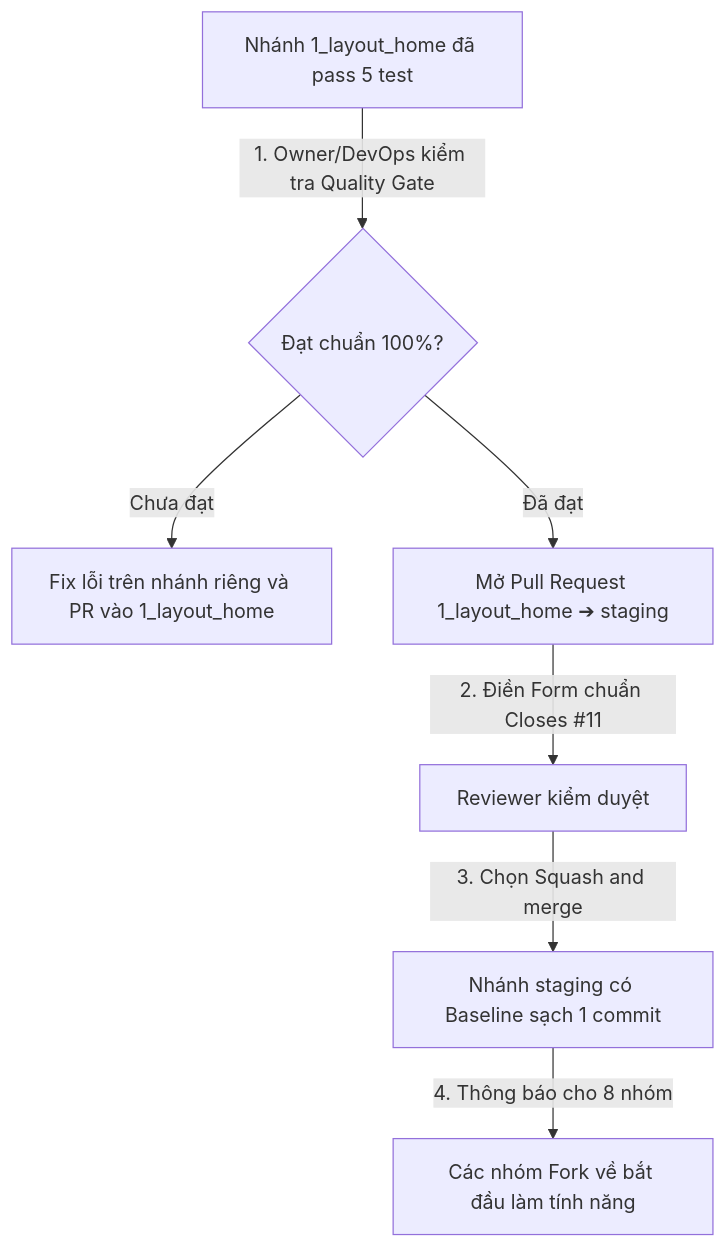
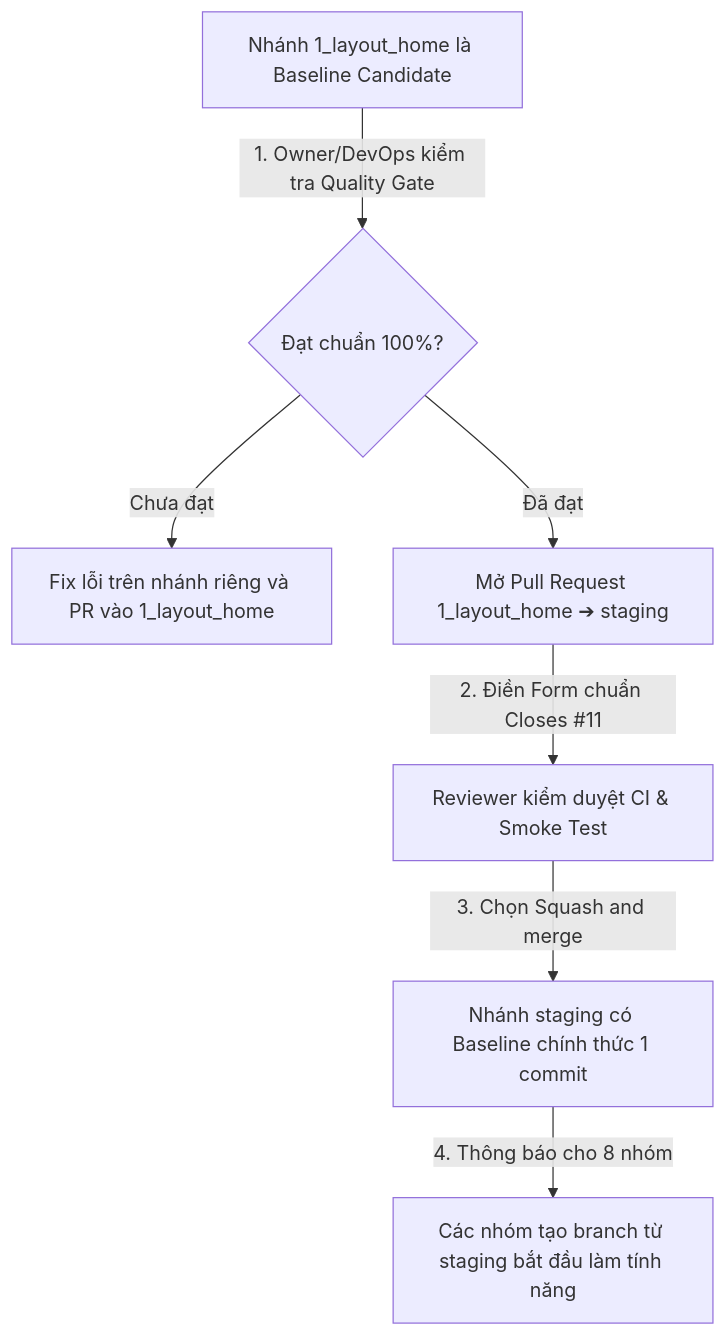
Before and after one commit to Deus-Tinh/QuanLyVanBan_TLBM: the diagram in docs/common/QUALITY_GATE_STAGING.md, drawn with Mermaid. The commit also changed other lines of this file and 4 other files, not shown here.

````diff
--- a/docs/common/QUALITY_GATE_STAGING.md
+++ b/docs/common/QUALITY_GATE_STAGING.md
@@ -71,9 +75,9 @@
 ```mermaid
 graph TD
-    A[Nhánh 1_layout_home đã pass 5 test] -->|1. Owner/DevOps kiểm tra Quality Gate| B{Đạt chuẩn 100%?}
+    A[Nhánh 1_layout_home là Baseline Candidate] -->|1. Owner/DevOps kiểm tra Quality Gate| B{Đạt chuẩn 100%?}
     B -->|Chưa đạt| C[Fix lỗi trên nhánh riêng và PR vào 1_layout_home]
     B -->|Đã đạt| D[Mở Pull Request 1_layout_home ➔ staging]
-    D -->|2. Điền Form chuẩn Closes #11| E[Reviewer kiểm duyệt]
-    E -->|3. Chọn Squash and merge| F[Nhánh staging có Baseline sạch 1 commit]
-    F -->|4. Thông báo cho 8 nhóm| G[Các nhóm Fork về bắt đầu làm tính năng]
+    D -->|2. Điền Form chuẩn Closes #11| E[Reviewer kiểm duyệt CI & Smoke Test]
+    E -->|3. Chọn Squash and merge| F[Nhánh staging có Baseline chính thức 1 commit]
+    F -->|4. Thông báo cho 8 nhóm| G[Các nhóm tạo branch từ staging bắt đầu làm tính năng]
 ```
````
